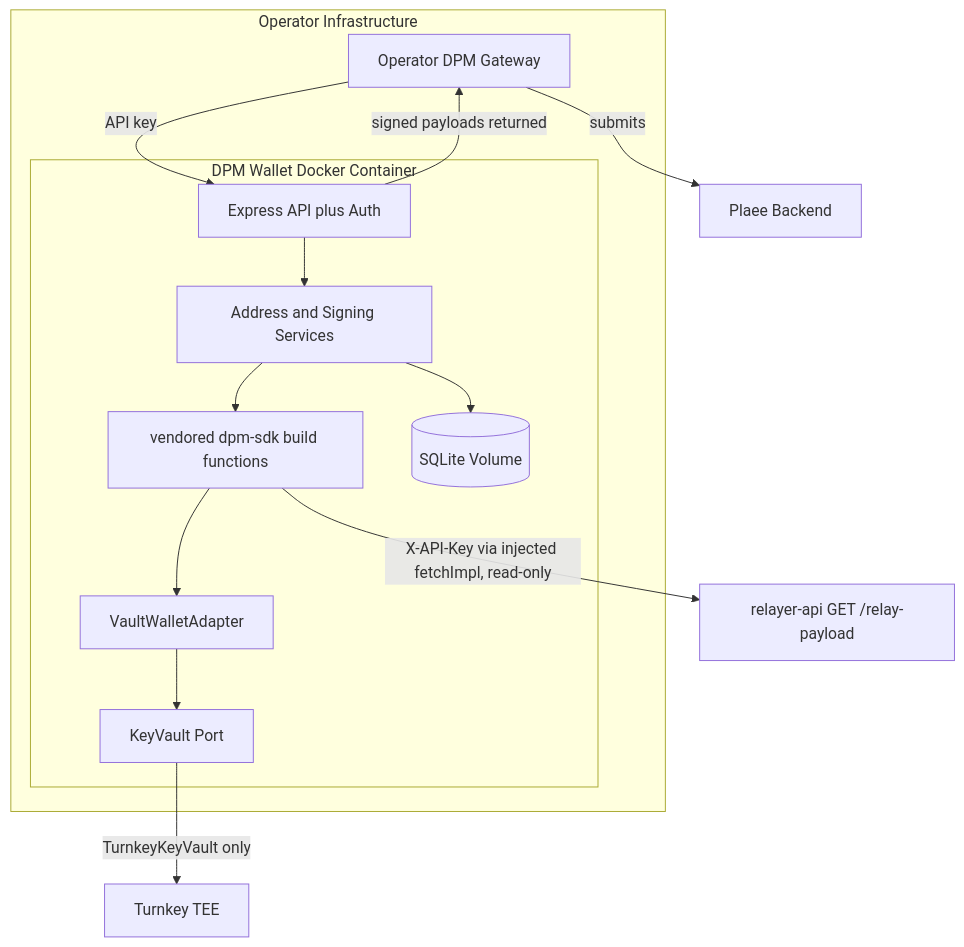
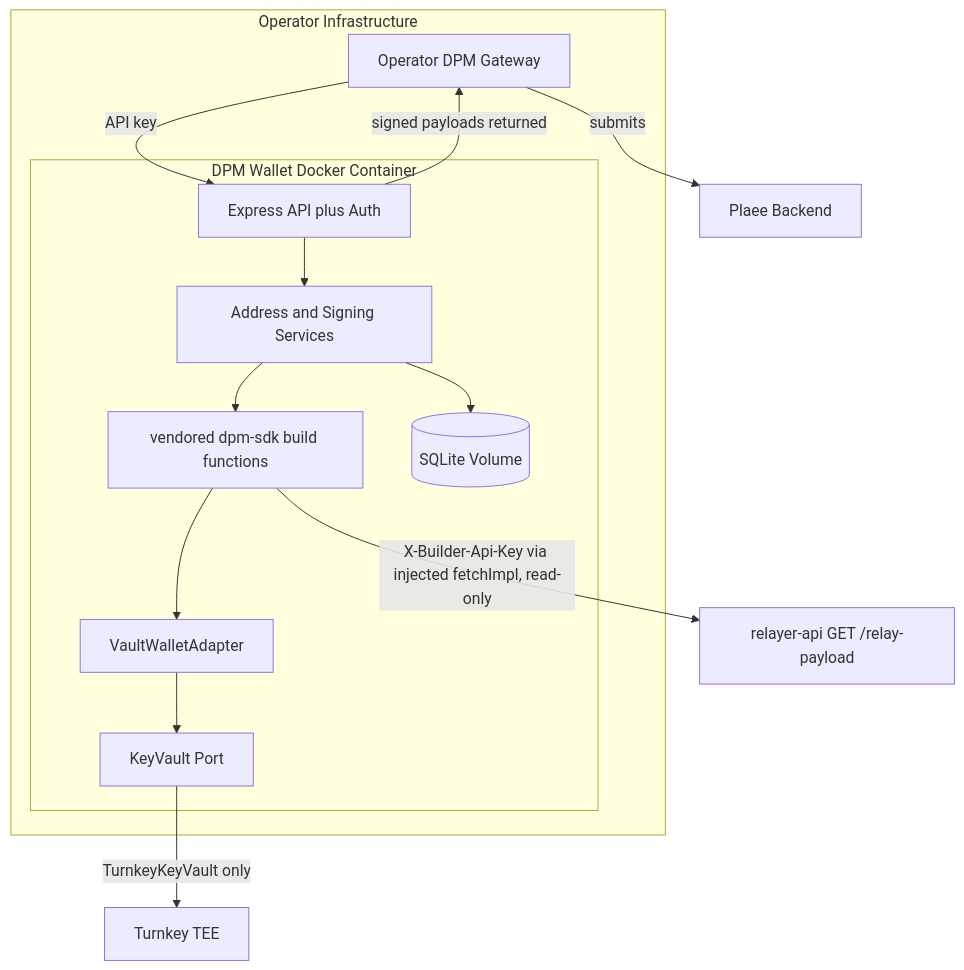
Before and after one commit to In-a-bit/dpm-wallet: the diagram in docs/images/02-trust-boundary.mmd, drawn with Mermaid. The commit also changed 6 other files, not shown here.

```diff
--- a/docs/images/02-trust-boundary.mmd
+++ b/docs/images/02-trust-boundary.mmd
@@ -1,26 +1,26 @@
 flowchart TB
   subgraph operatorInfra [Operator Infrastructure]
     gateway[Operator DPM Gateway]
     subgraph dpmw [DPM Wallet Docker Container]
       api[Express API plus Auth]
       services[Address and Signing Services]
       adapter[VaultWalletAdapter]
       sdk[vendored dpm-sdk build functions]
       vault[KeyVault Port]
       sqlite[(SQLite Volume)]
     end
   end
   turnkey[Turnkey TEE]
   relayer[relayer-api GET /relay-payload]
   plaee[Plaee Backend]
 
   gateway -->|API key| api
   api --> services
   services --> sdk
   services --> sqlite
   sdk --> adapter
   adapter --> vault
   vault -->|TurnkeyKeyVault only| turnkey
-  sdk -->|"X-API-Key via injected fetchImpl, read-only"| relayer
+  sdk -->|"X-Builder-Api-Key via injected fetchImpl, read-only"| relayer
   api -->|signed payloads returned| gateway
   gateway -->|submits| plaee
```
